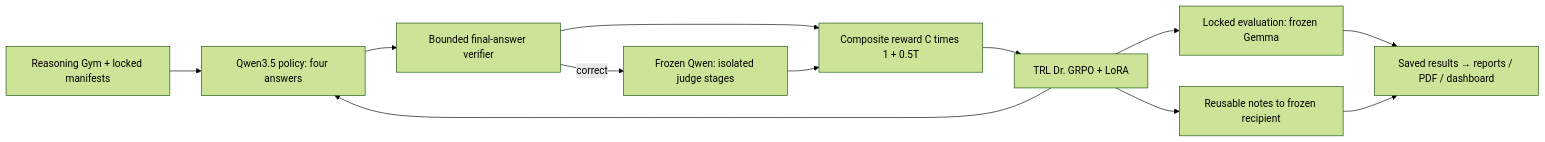
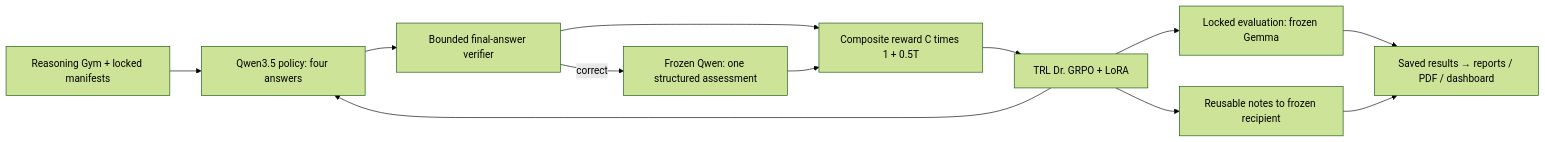
The diagram in README.md (BurnyCoder/grothendieck-reinforcement-learning-with-llm-as-a-judge-reward-in-grpo-rlvr), drawn with Mermaid (forest theme) before and after one commit. The commit also changed other lines of this file and 30 other files, not shown here.

````diff
--- a/README.md
+++ b/README.md
@@ -41,14 +48,14 @@
 ```mermaid
 flowchart LR
   G[Reasoning Gym + locked manifests] --> P[Qwen3.5 policy: four answers]
   P --> V[Bounded final-answer verifier]
-  V -->|correct| J[Frozen Qwen: isolated judge stages]
+  V -->|correct| J[Frozen Qwen: one structured assessment]
   V --> R[Composite reward C times 1 + 0.5T]
   J --> R
   R --> T[TRL Dr. GRPO + LoRA]
   T --> P
   T --> E[Locked evaluation: frozen Gemma]
   T --> N[Reusable notes to frozen recipient]
   E --> A[Saved results → reports / PDF / dashboard]
   N --> A
 ```
````
